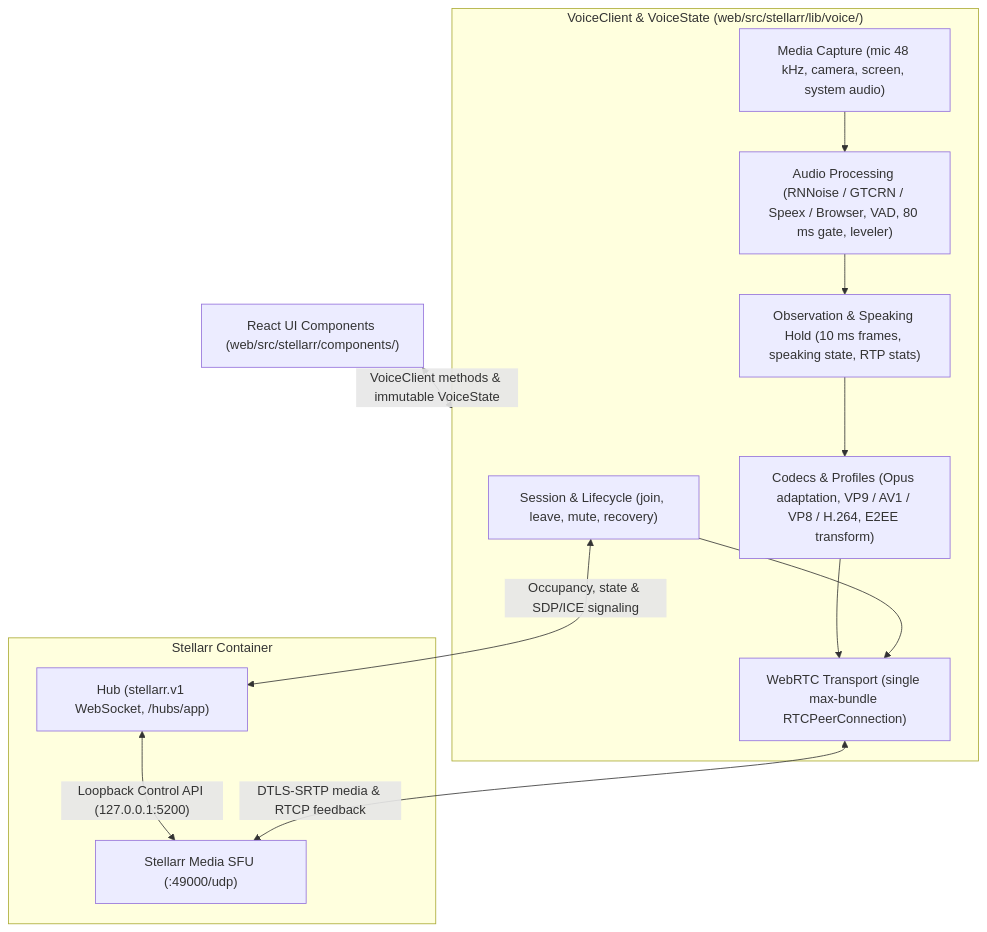
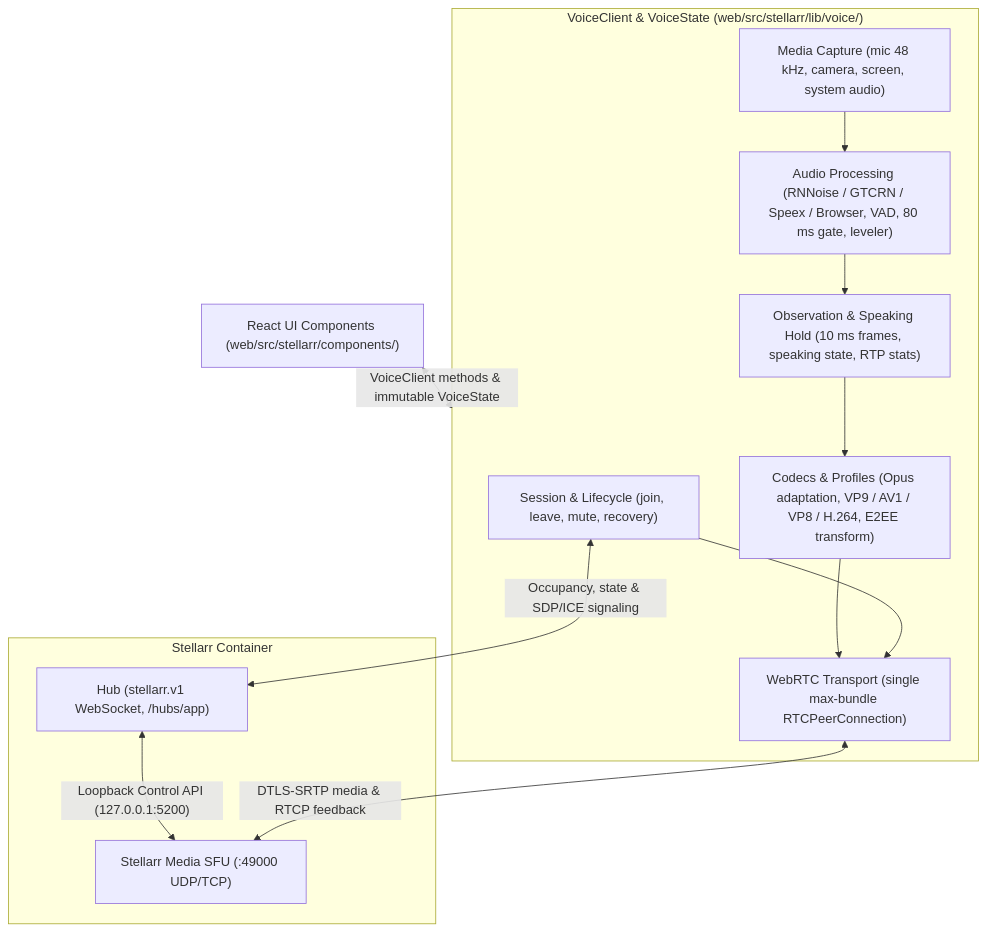
Before and after one commit to Arkazzae/Stellar: the first of 2 diagrams in docs/rtc-protocol.md, drawn with Mermaid. The commit also changed other lines of this file and 15 other files, not shown here.

````diff
--- a/docs/rtc-protocol.md
+++ b/docs/rtc-protocol.md
@@ -7,26 +7,26 @@
 ```mermaid
 flowchart TD
     UI["React UI Components (web/src/stellarr/components/)"]
 
     subgraph Client["VoiceClient & VoiceState (web/src/stellarr/lib/voice/)"]
         Lifecycle["Session & Lifecycle (join, leave, mute, recovery)"]
         Capture["Media Capture (mic 48 kHz, camera, screen, system audio)"]
         DSP["Audio Processing (RNNoise / GTCRN / Speex / Browser, VAD, 80 ms gate, leveler)"]
         VAD["Observation & Speaking Hold (10 ms frames, speaking state, RTP stats)"]
         Codecs["Codecs & Profiles (Opus adaptation, VP9 / AV1 / VP8 / H.264, E2EE transform)"]
         Transport["WebRTC Transport (single max-bundle RTCPeerConnection)"]
 
         Capture --> DSP --> VAD --> Codecs --> Transport
         Lifecycle --> Transport
     end
 
     subgraph Server["Stellarr Container"]
         Hub["Hub (stellarr.v1 WebSocket, /hubs/app)"]
-        SFU["Stellarr Media SFU (:49000/udp)"]
+        SFU["Stellarr Media SFU (:49000 UDP/TCP)"]
         Hub <-->|"Loopback Control API (127.0.0.1:5200)"| SFU
     end
 
     UI <-->|"VoiceClient methods & immutable VoiceState"| Client
     Lifecycle <-->|"Occupancy, state & SDP/ICE signaling"| Hub
     Transport <-->|"DTLS-SRTP media & RTCP feedback"| SFU
 ```
````
